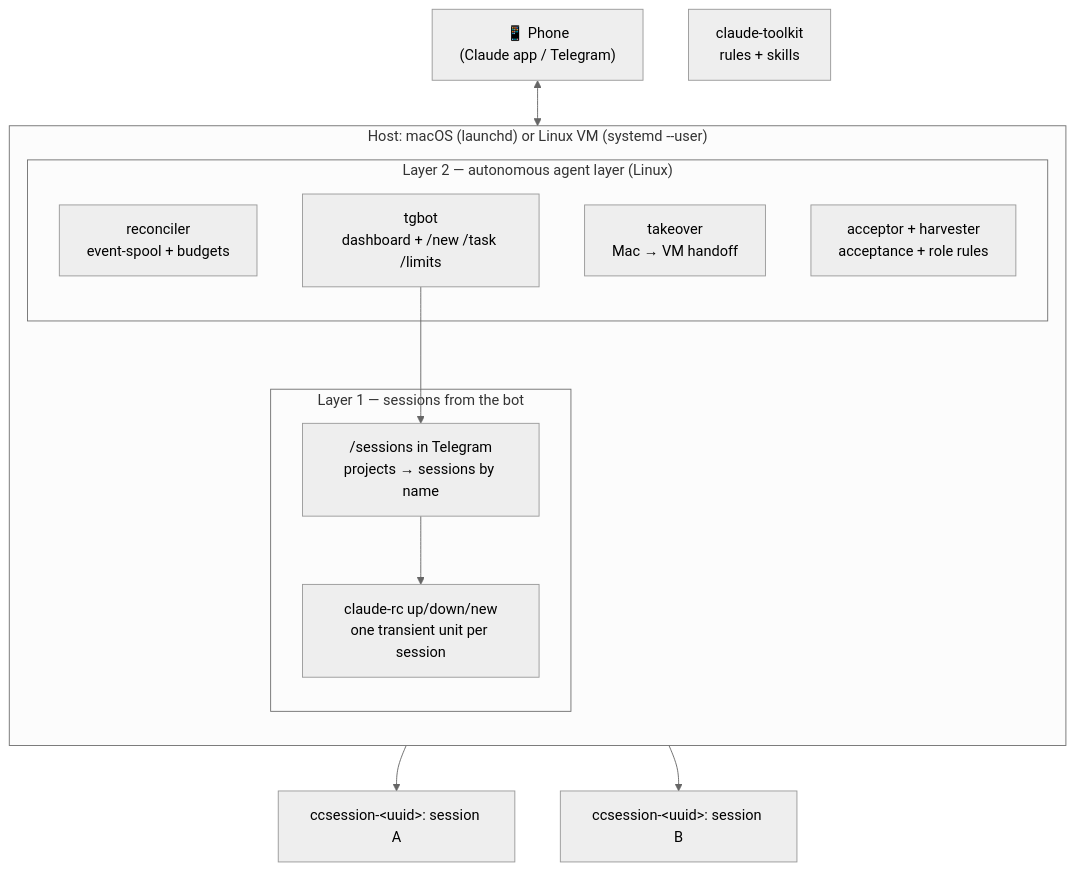
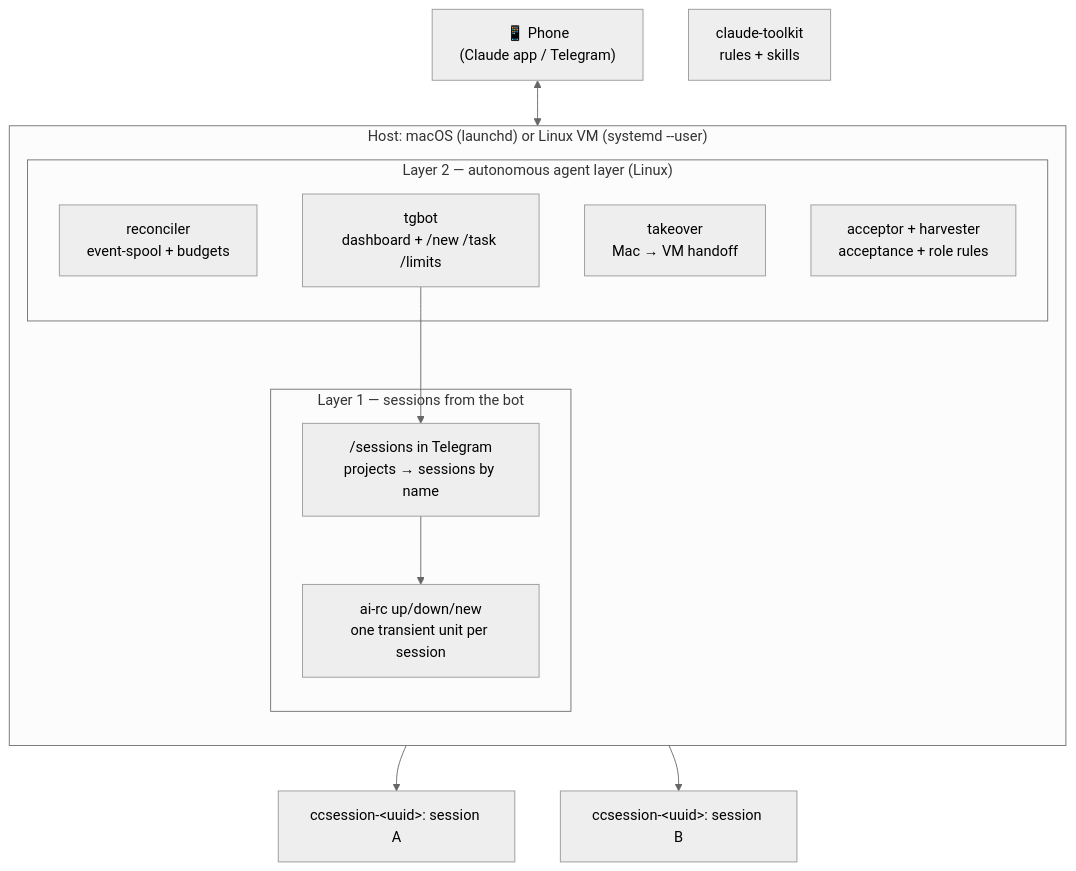
Before and after one commit to dewil/ai-control: the diagram in README.en.md, drawn with Mermaid (neutral theme). The commit also changed other lines of this file and 211 other files, not shown here.

````diff
--- a/README.en.md
+++ b/README.en.md
@@ -21,26 +21,26 @@
 ```mermaid
 flowchart TB
     phone["📱 Phone<br/>(Claude app / Telegram)"]
 
     subgraph host["Host: macOS (launchd) or Linux VM (systemd --user)"]
       direction TB
       subgraph L1["Layer 1 — sessions from the bot"]
         menu["/sessions in Telegram<br/>projects → sessions by name"]
-        rc["claude-rc up/down/new<br/>one transient unit per session"]
+        rc["ai-rc up/down/new<br/>one transient unit per session"]
         menu --> rc
       end
       subgraph L2["Layer 2 — autonomous agent layer (Linux)"]
         recon["reconciler<br/>event-spool + budgets"]
         tgbot["tgbot<br/>dashboard + /new /task /limits"]
         takeover["takeover<br/>Mac → VM handoff"]
         harvest["acceptor + harvester<br/>acceptance + role rules"]
       end
     end
 
     toolkit["claude-toolkit<br/>rules + skills"]
 
     phone <--> tgbot
     tgbot --> menu
     rc --> projA["ccsession-&lt;uuid&gt;: session A"]
     rc --> projB["ccsession-&lt;uuid&gt;: session B"]
 ```
````
